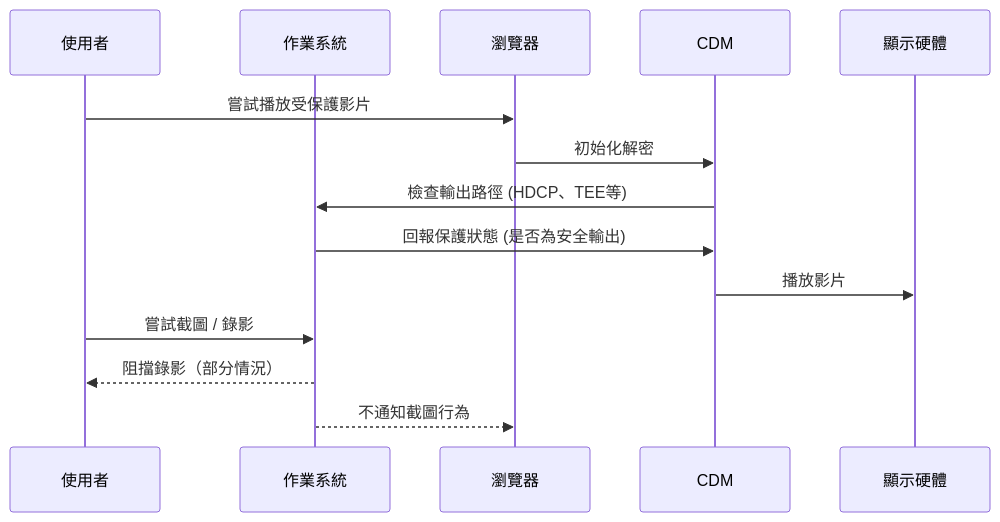
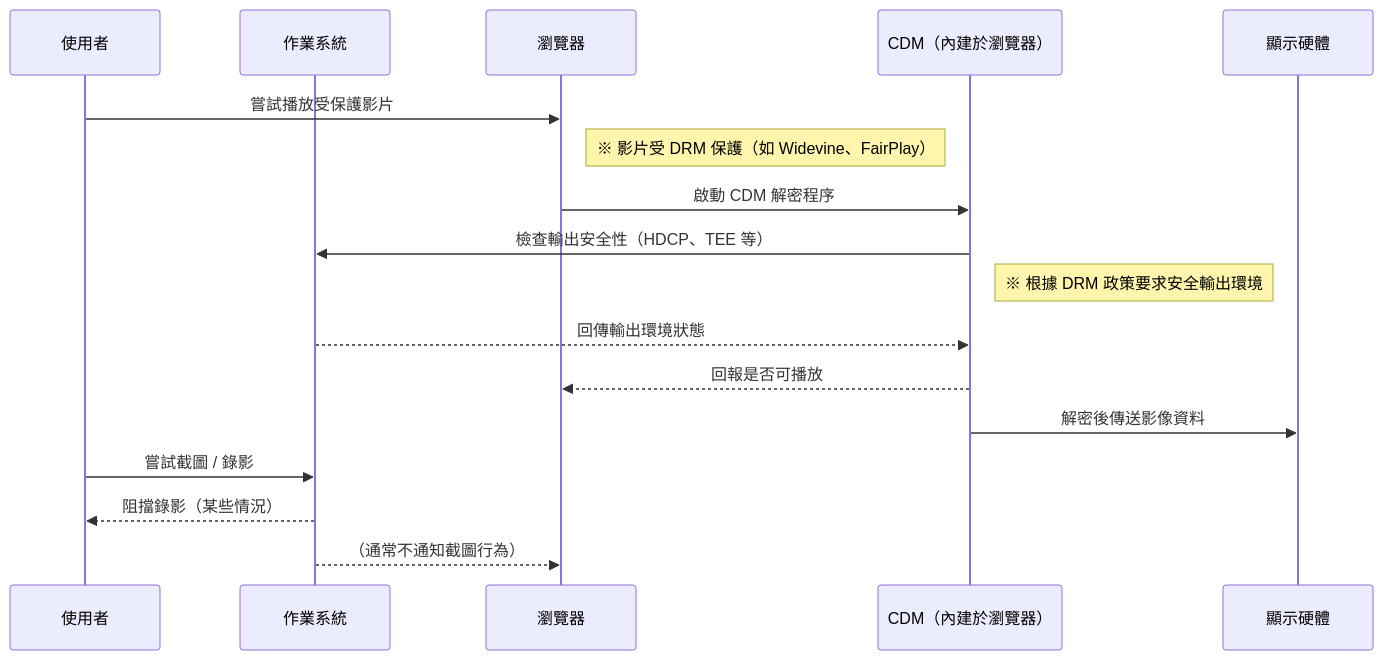
One commit to chanryTW/DrmDemo changed the second of 2 diagrams in README.md. Above: the diagram before and after it, drawn with Mermaid. The commit also changed other lines of this file, not shown here.

Commit message:
feat: 更新 README，調整 DRM 相關內容，新增加密封裝格式及支援度判斷範例

````diff
--- a/README.md
+++ b/README.md
@@ -122,17 +143,24 @@
 ```mermaid
 sequenceDiagram
     participant 使用者
     participant 作業系統
     participant 瀏覽器
-    participant CDM
+    participant CDM（內建於瀏覽器）
     participant 顯示硬體
 
     使用者->>瀏覽器: 嘗試播放受保護影片
-    瀏覽器->>CDM: 初始化解密
-    CDM->>作業系統: 檢查輸出路徑 (HDCP、TEE等)
-    作業系統->>CDM: 回報保護狀態 (是否為安全輸出)
-    CDM->>顯示硬體: 播放影片
+    note right of 瀏覽器: ※ 影片受 DRM 保護（如 Widevine、FairPlay）
+
+    瀏覽器->>CDM（內建於瀏覽器）: 啟動 CDM 解密程序
+    CDM（內建於瀏覽器）->>作業系統: 檢查輸出安全性（HDCP、TEE 等）
+    note right of CDM（內建於瀏覽器）: ※ 根據 DRM 政策要求安全輸出環境
+
+    作業系統-->>CDM（內建於瀏覽器）: 回傳輸出環境狀態
+    CDM（內建於瀏覽器）-->>瀏覽器: 回報是否可播放
+    CDM（內建於瀏覽器）->>顯示硬體: 解密後傳送影像資料
+
     使用者->>作業系統: 嘗試截圖 / 錄影
-    作業系統-->>使用者: 阻擋錄影（部分情況）
-    作業系統-->>瀏覽器: 不通知截圖行為
+    作業系統-->>使用者: 阻擋錄影（某些情況）
+    作業系統-->>瀏覽器: （通常不通知截圖行為）
+
 ```
````
